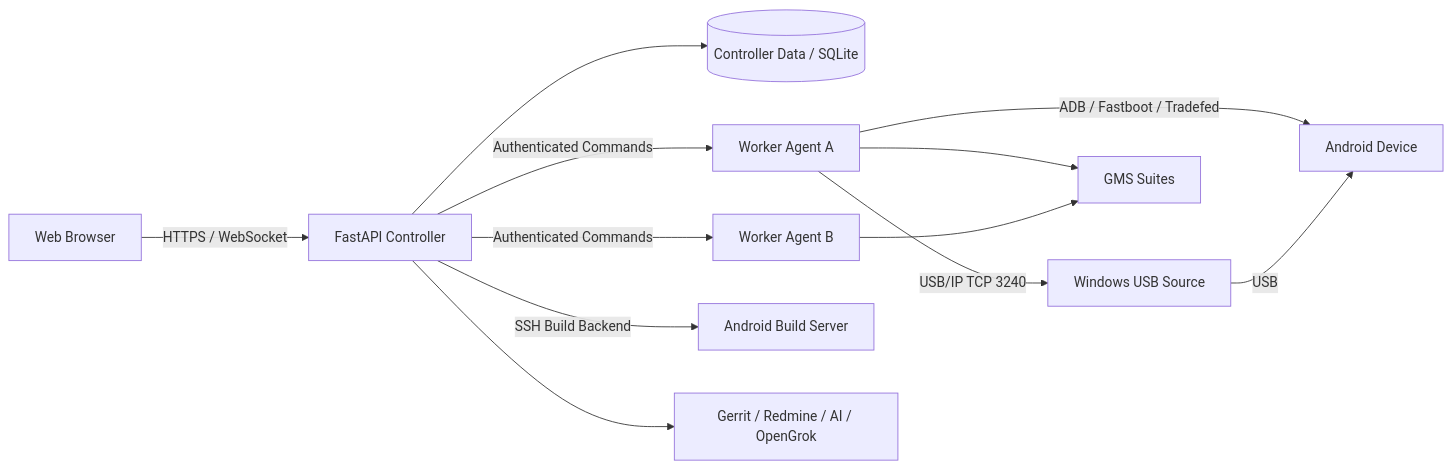
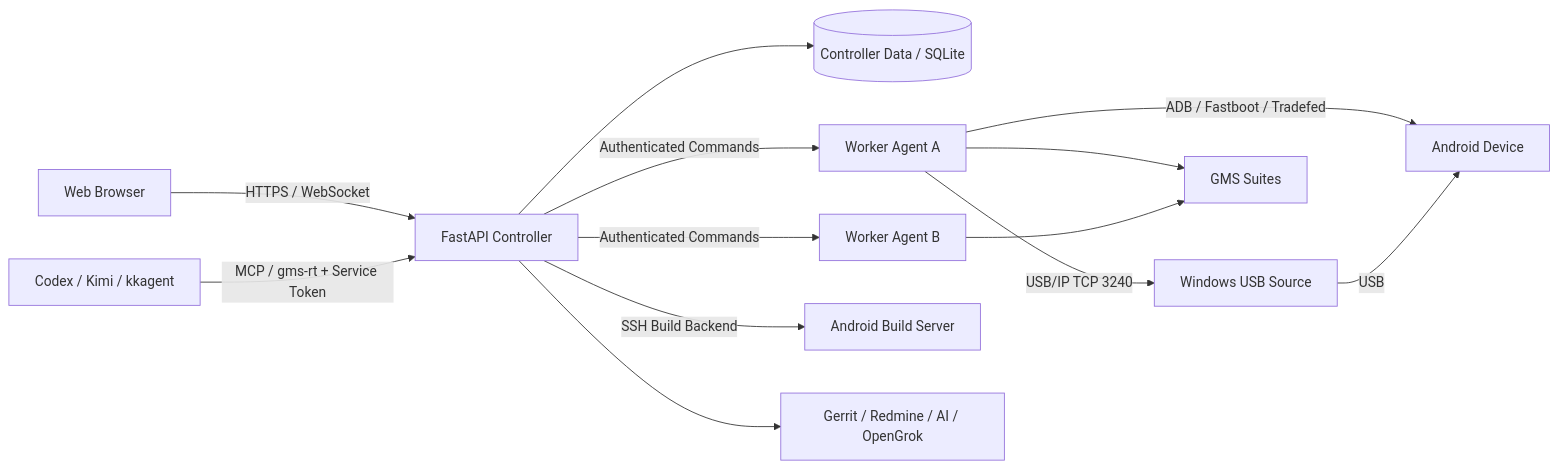
Before and after one commit to weixin1263831586/GMS_Remote_Test_Web: the first of 2 diagrams in README.md, drawn with Mermaid. The commit also changed other lines of this file, not shown here.

Commit message:
docs: update README for agent runtime and recent integrations

````diff
--- a/README.md
+++ b/README.md
@@ -116,29 +123,31 @@
 ```mermaid
 flowchart LR
     Browser[Web Browser]
+    Agent[Codex / Kimi / kkagent]
     Controller[FastAPI Controller]
     DB[(Controller Data / SQLite)]
     Worker1[Worker Agent A]
     Worker2[Worker Agent B]
     Source[Windows USB Source]
     Device[Android Device]
     Suite[GMS Suites]
     Build[Android Build Server]
     Services[Gerrit / Redmine / AI / OpenGrok]
 
     Browser -->|HTTPS / WebSocket| Controller
+    Agent -->|MCP / gms-rt + Service Token| Controller
     Controller --> DB
 
     Controller -->|Authenticated Commands| Worker1
     Controller -->|Authenticated Commands| Worker2
 
     Worker1 -->|ADB / Fastboot / Tradefed| Device
     Worker1 --> Suite
     Worker2 --> Suite
 
     Source -->|USB| Device
     Worker1 -->|USB/IP TCP 3240| Source
 
     Controller -->|SSH Build Backend| Build
     Controller --> Services
 ```
````
